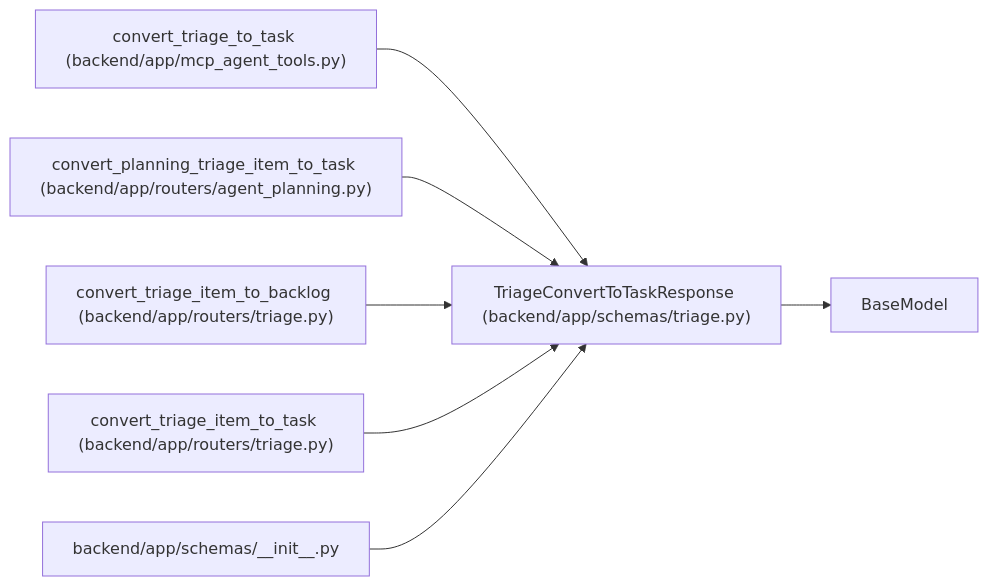
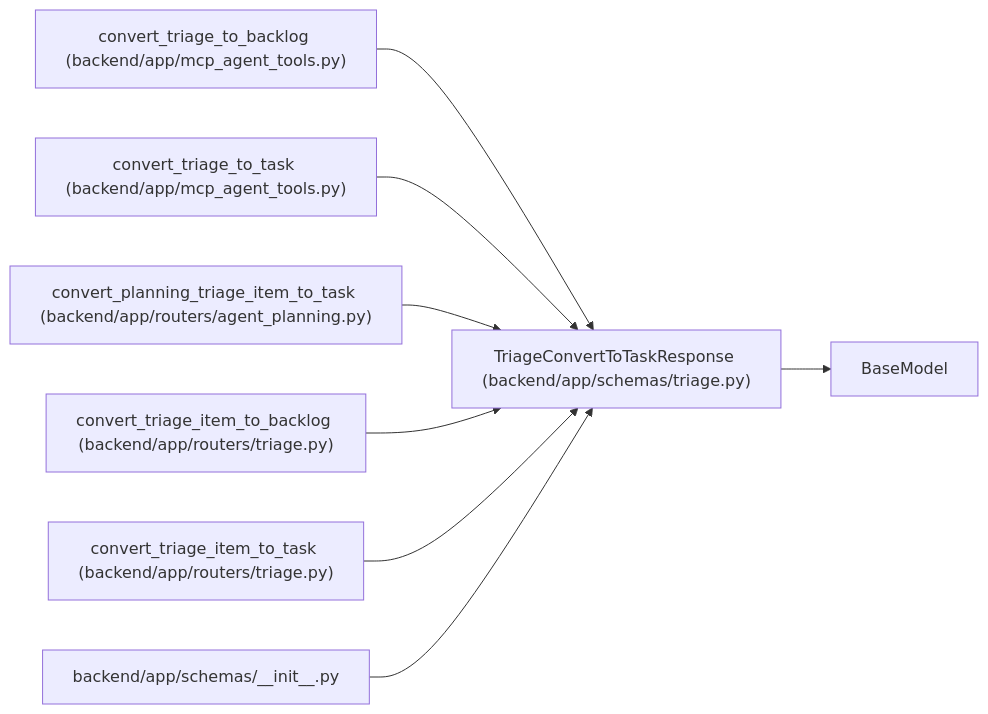
Before and after one commit to Denissvgn/WorkChord: the diagram in docs/llm_wiki/entities/schemas_triage_TriageConvertToTaskResponse.md, drawn with Mermaid. The commit also changed other lines of this file and 910 other files, not shown here.

Commit message:
Sync the architectural wiki for the intake source link policy

````diff
--- a/docs/llm_wiki/entities/schemas_triage_TriageConvertToTaskResponse.md
+++ b/docs/llm_wiki/entities/schemas_triage_TriageConvertToTaskResponse.md
@@ -26,22 +27,25 @@
 ```mermaid
 flowchart LR
     n0["TriageConvertToTaskResponse (backend/app/schemas/triage.py)"]
     n1["BaseModel"]
-    n2["convert_triage_to_task (backend/app/mcp_agent_tools.py)"]
-    n3["convert_planning_triage_item_to_task (backend/app/routers/agent_planning.py)"]
-    n4["convert_triage_item_to_backlog (backend/app/routers/triage.py)"]
-    n5["convert_triage_item_to_task (backend/app/routers/triage.py)"]
-    n6["backend/app/schemas/__init__.py"]
+    n2["convert_triage_to_backlog (backend/app/mcp_agent_tools.py)"]
+    n3["convert_triage_to_task (backend/app/mcp_agent_tools.py)"]
+    n4["convert_planning_triage_item_to_task (backend/app/routers/agent_planning.py)"]
+    n5["convert_triage_item_to_backlog (backend/app/routers/triage.py)"]
+    n6["convert_triage_item_to_task (backend/app/routers/triage.py)"]
+    n7["backend/app/schemas/__init__.py"]
     n0 --> n1
     n2 --> n0
     n3 --> n0
     n4 --> n0
     n5 --> n0
     n6 --> n0
+    n7 --> n0
     click n0 "../modules/schemas_triage.md"
     click n2 "../modules/mcp_agent_tools.md"
-    click n3 "../modules/routers_agent_planning.md"
-    click n4 "../modules/routers_triage.md"
+    click n3 "../modules/mcp_agent_tools.md"
+    click n4 "../modules/routers_agent_planning.md"
     click n5 "../modules/routers_triage.md"
-    click n6 "../modules/schemas___init__.md"
+    click n6 "../modules/routers_triage.md"
+    click n7 "../modules/schemas___init__.md"
 ```
````
